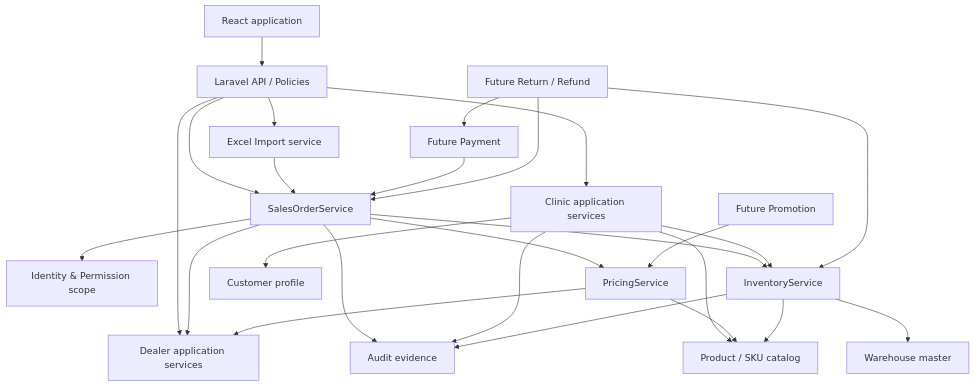
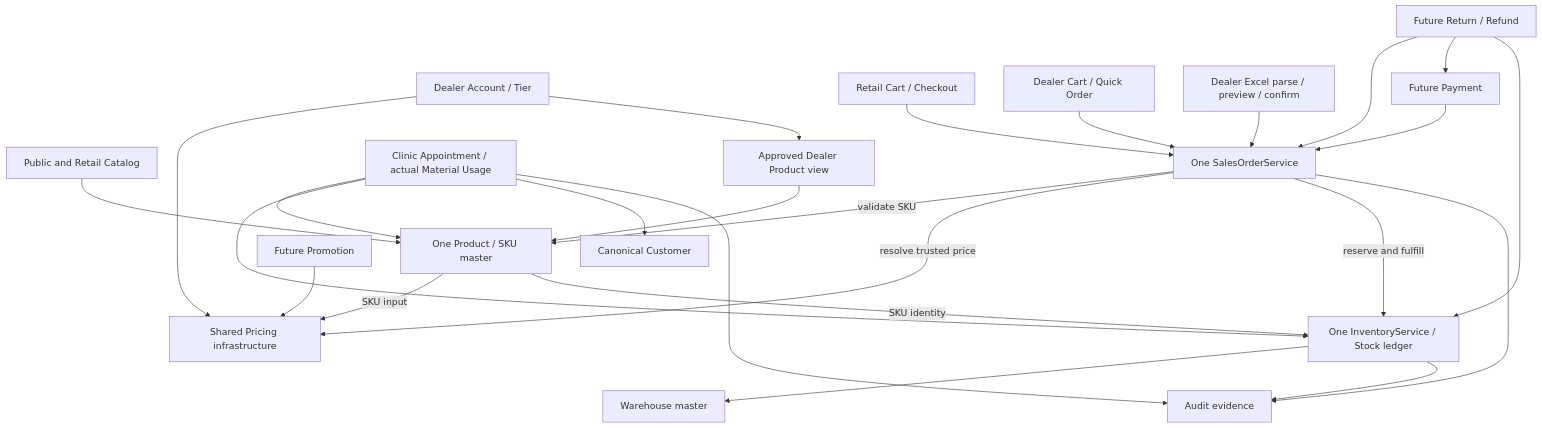
Before and after one commit to tiosphc/Doctor: the fifth of 5 diagrams in docs/ERP_CORE_DESIGN.md, drawn with Mermaid. The commit also changed other lines of this file and 114 other files, not shown here.

Commit message:
feat: establish ERP commerce and unified sales order core

````diff
--- a/docs/ERP_CORE_DESIGN.md
+++ b/docs/ERP_CORE_DESIGN.md
@@ -789,30 +861,27 @@
 ```mermaid
 flowchart TD
-    UI[React application] --> API[Laravel API / Policies]
-    API --> Clinic[Clinic application services]
-    API --> Dealer[Dealer application services]
-    API --> Sales[SalesOrderService]
-    API --> Import[Excel Import service]
-
-    Import --> Sales
-    Sales --> Identity[Identity & Permission scope]
-    Sales --> Dealer
-    Sales --> Pricing[PricingService]
-    Sales --> Inventory[InventoryService]
-    Clinic --> Customer[Customer profile]
-    Clinic --> Catalog[Product / SKU catalog]
+    Public[Public and Retail Catalog] --> Catalog[One Product / SKU master]
+    DealerCatalog[Approved Dealer Product view] --> Catalog
+    Clinic[Clinic Appointment / actual Material Usage] --> Catalog
+    Catalog -->|SKU input| Pricing[Shared Pricing infrastructure]
+    Catalog -->|SKU identity| Inventory[One InventoryService / Stock ledger]
+    Inventory --> Warehouse[Warehouse master]
+    Dealer[Dealer Account / Tier] --> Pricing
+    Dealer --> DealerCatalog
+    Retail[Retail Cart / Checkout] --> Sales[One SalesOrderService]
+    Quick[Dealer Cart / Quick Order] --> Sales
+    Import[Dealer Excel parse / preview / confirm] --> Sales
+    Sales -->|validate SKU| Catalog
+    Sales -->|resolve trusted price| Pricing
+    Sales -->|reserve and fulfill| Inventory
+    Sales --> Audit[Audit evidence]
     Clinic --> Inventory
-    Pricing --> Dealer
-    Pricing --> Catalog
-    Inventory --> Catalog
-    Inventory --> Warehouse[Warehouse master]
-
+    Clinic --> Customer[Canonical Customer]
+    Clinic --> Audit
+    Inventory --> Audit
     Payment[Future Payment] --> Sales
     Returns[Future Return / Refund] --> Sales
     Returns --> Payment
     Returns --> Inventory
     Promotion[Future Promotion] --> Pricing
-    Sales --> Audit[Audit evidence]
-    Clinic --> Audit
-    Inventory --> Audit
 ```
````
